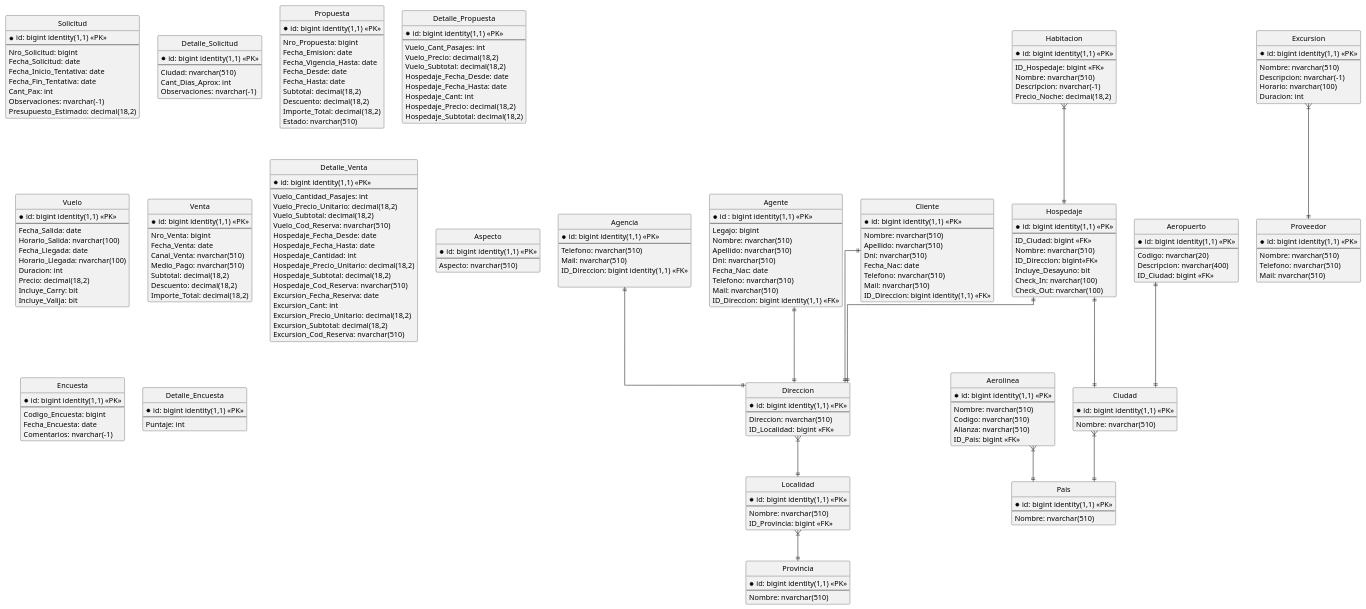
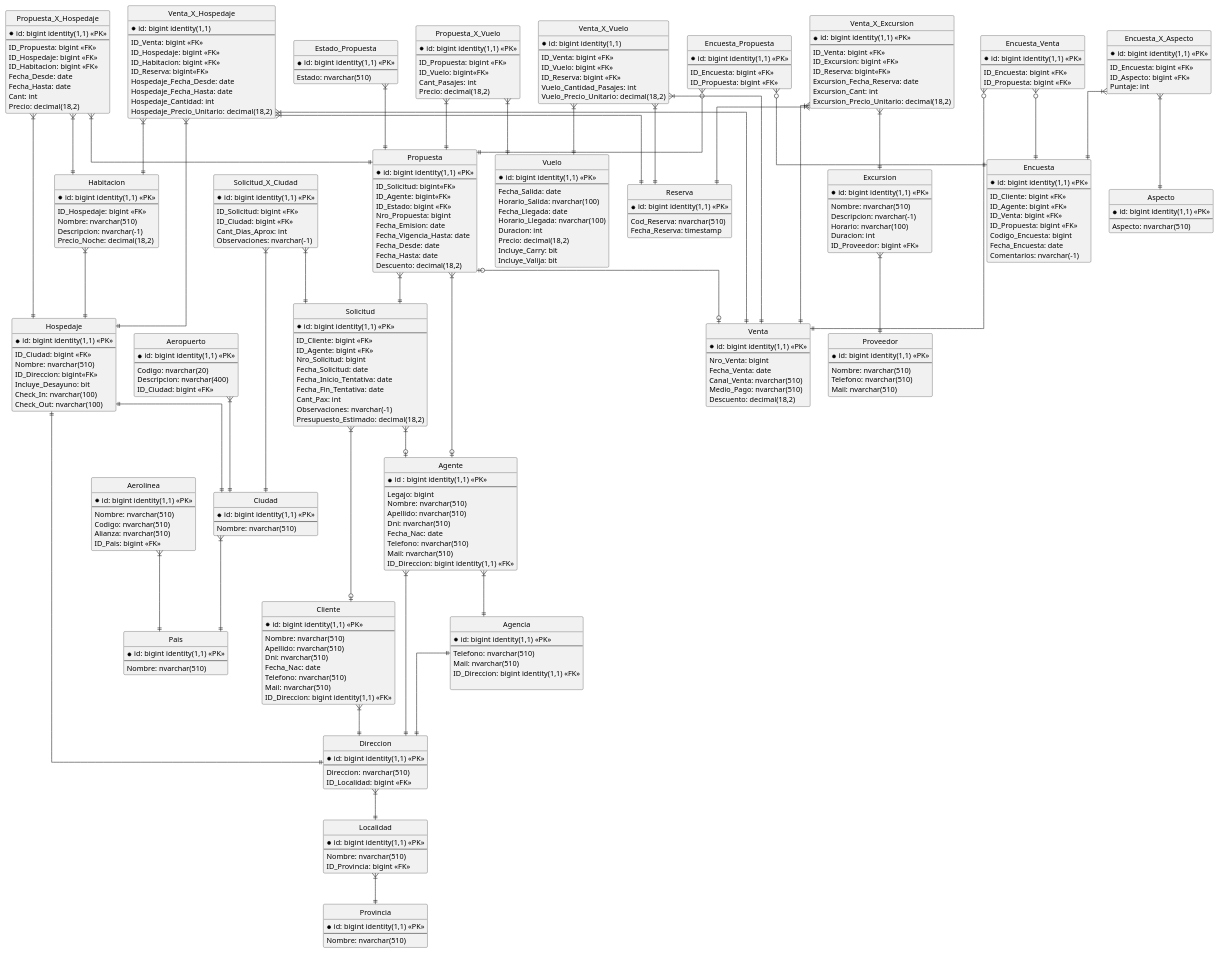
One commit to fonsecanico/GANEN_LA_CUARTA_O_NO_VUELVAN changed the diagram in trabajo practico/misc/diagrama-tentativo/DER.puml. Above: the diagram before and after it, drawn with PlantUML. The commit also changed 1 other file, not shown here.

```diff
--- a/trabajo practico/misc/diagrama-tentativo/DER.puml
+++ b/trabajo practico/misc/diagrama-tentativo/DER.puml
@@ -4,6 +4,7 @@
 
 ' avoid problems with angled crows feet
 skinparam linetype ortho
+'agencia y agente
 entity "Agencia" as agencia {
     *id: bigint identity(1,1) <<PK>>
     --
@@ -24,6 +25,7 @@
     Mail: nvarchar(510)
     ID_Direccion: bigint identity(1,1) <<FK>>
 }
+'cliente
 entity "Cliente" as cliente {
   *id: bigint identity(1,1) <<PK>>
   --
@@ -35,13 +37,7 @@
   Mail: nvarchar(510)
   ID_Direccion: bigint identity(1,1) <<FK>>
 }
-entity "Proveedor" as proveedor {
-  *id: bigint identity(1,1) <<PK>>
-  --
-  Nombre: nvarchar(510)
-  Telefono: nvarchar(510)
-  Mail: nvarchar(510)
-}
+'aeropuerto, vuelo y aerolinea
 entity "Aerolinea" as aerolinea {
   *id: bigint identity(1,1) <<PK>>
   --
@@ -49,49 +45,6 @@
   Codigo: nvarchar(510)
   Alianza: nvarchar(510)
   ID_Pais: bigint <<FK>>
-}
-entity "Solicitud" as solicitud {
-  *id: bigint identity(1,1) <<PK>>
-  --
-  Nro_Solicitud: bigint
-  Fecha_Solicitud: date
-  Fecha_Inicio_Tentativa: date
-  Fecha_Fin_Tentativa: date
-  Cant_Pax: int
-  Observaciones: nvarchar(-1)
-  Presupuesto_Estimado: decimal(18,2)
-}
-entity "Detalle_Solicitud" as detalle_solicitud {
-  *id: bigint identity(1,1) <<PK>>
-  --
-  Ciudad: nvarchar(510)
-  Cant_Dias_Aprox: int
-  Observaciones: nvarchar(-1)
-}
-entity "Propuesta" as propuesta {
-  *id: bigint identity(1,1) <<PK>>
-  --
-  Nro_Propuesta: bigint
-  Fecha_Emision: date
-  Fecha_Vigencia_Hasta: date
-  Fecha_Desde: date
-  Fecha_Hasta: date
-  Subtotal: decimal(18,2)
-  Descuento: decimal(18,2)
-  Importe_Total: decimal(18,2)
-  Estado: nvarchar(510)
-}
-entity "Detalle_Propuesta" as detalle_propuesta {
-  *id: bigint identity(1,1) <<PK>>
-  --
-  Vuelo_Cant_Pasajes: int
-  Vuelo_Precio: decimal(18,2)
-  Vuelo_Subtotal: decimal(18,2)
-  Hospedaje_Fecha_Desde: date
-  Hospedaje_Fecha_Hasta: date
-  Hospedaje_Cant: int
-  Hospedaje_Precio: decimal(18,2)
-  Hospedaje_Subtotal: decimal(18,2)
 }
 entity "Aeropuerto" as aeropuerto {
   *id: bigint identity(1,1) <<PK>>
@@ -112,6 +65,84 @@
   Incluye_Carry: bit
   Incluye_Valija: bit
 }
+'proveedor y excursion
+entity "Proveedor" as proveedor {
+  *id: bigint identity(1,1) <<PK>>
+  --
+  Nombre: nvarchar(510)
+  Telefono: nvarchar(510)
+  Mail: nvarchar(510)
+}
+entity "Excursion" as excursion {
+  *id: bigint identity(1,1) <<PK>>
+  --
+  Nombre: nvarchar(510)
+  Descripcion: nvarchar(-1)
+  Horario: nvarchar(100)
+  Duracion: int
+  ID_Proveedor: bigint <<FK>>
+}
+'solicitudes
+entity "Solicitud" as solicitud {
+  *id: bigint identity(1,1) <<PK>>
+  --
+  ID_Cliente: bigint <<FK>>
+  ID_Agente: bigint <<FK>>
+  Nro_Solicitud: bigint
+  Fecha_Solicitud: date
+  Fecha_Inicio_Tentativa: date
+  Fecha_Fin_Tentativa: date
+  Cant_Pax: int
+  Observaciones: nvarchar(-1)
+  Presupuesto_Estimado: decimal(18,2)
+}
+entity "Solicitud_X_Ciudad" as solicitud_ciudad {
+  *id: bigint identity(1,1) <<PK>>
+  --
+  ID_Solicitud: bigint <<FK>>
+  ID_Ciudad: bigint <<FK>>
+  Cant_Dias_Aprox: int
+  Observaciones: nvarchar(-1)
+}
+'propuestas
+entity "Propuesta" as propuesta {
+  *id: bigint identity(1,1) <<PK>>
+  --
+  ID_Solicitud: bigint<<FK>>
+  ID_Agente: bigint<<FK>>
+  ID_Estado: bigint <<FK>>
+  Nro_Propuesta: bigint
+  Fecha_Emision: date
+  Fecha_Vigencia_Hasta: date
+  Fecha_Desde: date
+  Fecha_Hasta: date
+  Descuento: decimal(18,2)
+}
+entity "Estado_Propuesta" as estado_propuesta {
+    *id: bigint identity(1,1) <<PK>>
+    --
+    Estado: nvarchar(510)
+}
+entity "Propuesta_X_Vuelo" as propuesta_vuelo {
+  *id: bigint identity(1,1) <<PK>>
+  --
+  ID_Propuesta: bigint <<FK>>
+  ID_Vuelo: bigint<<FK>>
+  Cant_Pasajes: int
+  Precio: decimal(18,2)
+}
+entity "Propuesta_X_Hospedaje" as propuesta_hospedaje {
+  *id: bigint identity(1,1) <<PK>>
+  --
+  ID_Propuesta: bigint <<FK>>
+  ID_Hospedaje: bigint <<FK>>
+  ID_Habitacion: bigint <<FK>>
+  Fecha_Desde: date
+  Fecha_Hasta: date
+  Cant: int
+  Precio: decimal(18,2)
+}
+'hospedaje y habitacion
 entity "Hospedaje" as hospedaje {
   *id: bigint identity(1,1) <<PK>>
   --
@@ -130,14 +161,14 @@
   Descripcion: nvarchar(-1)
   Precio_Noche: decimal(18,2)
 }
-entity "Excursion" as excursion {
-  *id: bigint identity(1,1) <<PK>>
-  --
-  Nombre: nvarchar(510)
-  Descripcion: nvarchar(-1)
-  Horario: nvarchar(100)
-  Duracion: int
+'reserva
+entity "Reserva" as reserva {
+    *id: bigint identity(1,1) <<PK>>
+    --
+    Cod_Reserva: nvarchar(510)
+    Fecha_Reserva: timestamp
 }
+' ventas
 entity "Venta" as venta {
   *id: bigint identity(1,1) <<PK>>
   --
@@ -145,48 +176,75 @@
   Fecha_Venta: date
   Canal_Venta: nvarchar(510)
   Medio_Pago: nvarchar(510)
-  Subtotal: decimal(18,2)
   Descuento: decimal(18,2)
-  Importe_Total: decimal(18,2)
 }
-entity "Detalle_Venta" as detalle_venta {
+entity "Venta_X_Vuelo" as venta_vuelo {
+    *id: bigint identity(1,1)
+    --
+    ID_Venta: bigint <<FK>>
+    ID_Vuelo: bigint <<FK>>
+    ID_Reserva: bigint <<FK>>
+    Vuelo_Cantidad_Pasajes: int
+    Vuelo_Precio_Unitario: decimal(18,2)
+}
+entity "Venta_X_Hospedaje" as venta_hospedaje {
+    *id: bigint identity(1,1)
+    --
+    ID_Venta: bigint <<FK>>
+    ID_Hospedaje: bigint <<FK>>
+    ID_Habitacion: bigint <<FK>>
+    ID_Reserva: bigint<<FK>>
+    Hospedaje_Fecha_Desde: date
+    Hospedaje_Fecha_Hasta: date
+    Hospedaje_Cantidad: int
+    Hospedaje_Precio_Unitario: decimal(18,2)
+}
+entity "Venta_X_Excursion" as venta_excursion {
   *id: bigint identity(1,1) <<PK>>
   --
-  Vuelo_Cantidad_Pasajes: int
-  Vuelo_Precio_Unitario: decimal(18,2)
-  Vuelo_Subtotal: decimal(18,2)
-  Vuelo_Cod_Reserva: nvarchar(510)
-  Hospedaje_Fecha_Desde: date
-  Hospedaje_Fecha_Hasta: date
-  Hospedaje_Cantidad: int
-  Hospedaje_Precio_Unitario: decimal(18,2)
-  Hospedaje_Subtotal: decimal(18,2)
-  Hospedaje_Cod_Reserva: nvarchar(510)
+  ID_Venta: bigint <<FK>>
+  ID_Excursion: bigint <<FK>>
+  ID_Reserva: bigint<<FK>>
   Excursion_Fecha_Reserva: date
   Excursion_Cant: int
   Excursion_Precio_Unitario: decimal(18,2)
-  Excursion_Subtotal: decimal(18,2)
-  Excursion_Cod_Reserva: nvarchar(510)
 }
-
+' encuesta
+entity "Encuesta" as encuesta {
+  *id: bigint identity(1,1) <<PK>>
+  --
+  ID_Cliente: bigint <<FK>>
+  ID_Agente: bigint <<FK>>
+  ID_Venta: bigint <<FK>>
+  ID_Propuesta: bigint <<FK>>
+  Codigo_Encuesta: bigint
+  Fecha_Encuesta: date
+  Comentarios: nvarchar(-1)
+}
+entity "Encuesta_Venta" as encuesta_venta {
+  *id: bigint identity(1,1) <<PK>>
+  --
+  ID_Encuesta: bigint <<FK>>
+  ID_Propuesta: bigint <<FK>>
+}
+entity "Encuesta_Propuesta" as encuesta_propuesta {
+  *id: bigint identity(1,1) <<PK>>
+  --
+  ID_Encuesta: bigint <<FK>>
+  ID_Propuesta: bigint <<FK>>
+}
+entity "Encuesta_X_Aspecto" as encuesta_aspecto {
+  *id: bigint identity(1,1) <<PK>>
+  --
+  ID_Encuesta: bigint <<FK>>
+  ID_Aspecto: bigint <<FK>>
+  Puntaje: int
+}
 entity "Aspecto" as aspecto {
   *id: bigint identity(1,1) <<PK>>
   --
   Aspecto: nvarchar(510)
 }
-entity "Encuesta" as encuesta {
-  *id: bigint identity(1,1) <<PK>>
-  --
-  Codigo_Encuesta: bigint
-  Fecha_Encuesta: date
-  Comentarios: nvarchar(-1)
-}
-entity "Detalle_Encuesta" as detalle_encuesta {
-  *id: bigint identity(1,1) <<PK>>
-  --
-  Puntaje: int
-}
-
 ' locaciones
 entity "Pais" as pais {
     *id: bigint identity(1,1) <<PK>>
@@ -215,26 +273,57 @@
     Direccion: nvarchar(510)
     ID_Localidad: bigint <<FK>>
 }
-excursion }|--|| proveedor
 
 aerolinea }|--|| pais
-
-aeropuerto ||--|| ciudad
+aeropuerto }|--|| ciudad
+agente }|--|| direccion
+agente }|--|| agencia
+agencia ||--|| direccion
 
 ciudad }|--|| pais
-
-cliente ||--|| direccion
-
-agente ||--|| direccion
-
-agencia ||--|| direccion
+cliente }|--|| direccion
 
 direccion }|--|| localidad
 
+encuesta_aspecto }|--|| aspecto
+encuesta_aspecto }|--|| encuesta
+encuesta_propuesta }o--|| encuesta
+encuesta_propuesta }o--|| propuesta
+encuesta_venta }o--|| encuesta
+encuesta_venta }o--|| venta
+estado_propuesta }|--|| propuesta
+excursion }|--|| proveedor
+
+habitacion }|--|| hospedaje
+hospedaje ||--|| ciudad
+hospedaje ||--|| direccion
+
 localidad }|--|| provincia
 
-habitacion }|--|| hospedaje
+solicitud }|--o| cliente
+solicitud }|--o| agente
+solicitud_ciudad }|--|| solicitud
+solicitud_ciudad }|--|| ciudad
 
-hospedaje ||--|| ciudad
-hospedaje ||--|| direccion
+propuesta |o--o| venta
+propuesta }|--|| solicitud
+propuesta }|--o| agente
+propuesta_hospedaje }|--|| propuesta
+propuesta_hospedaje }|--|| hospedaje
+propuesta_hospedaje }|--|| habitacion
+propuesta_vuelo }|--|| propuesta
+propuesta_vuelo }|--|| vuelo
+
+venta_excursion }|--|| reserva
+venta_hospedaje }|--|| reserva
+venta_vuelo }|--|| reserva
+
+venta_excursion }|--|| venta
+venta_excursion }|--|| excursion
+venta_hospedaje }|--|| venta
+venta_hospedaje }|--|| hospedaje
+venta_hospedaje }|--|| habitacion
+venta_vuelo }|--|| venta
+venta_vuelo }|--|| vuelo
+
 @enduml
```
